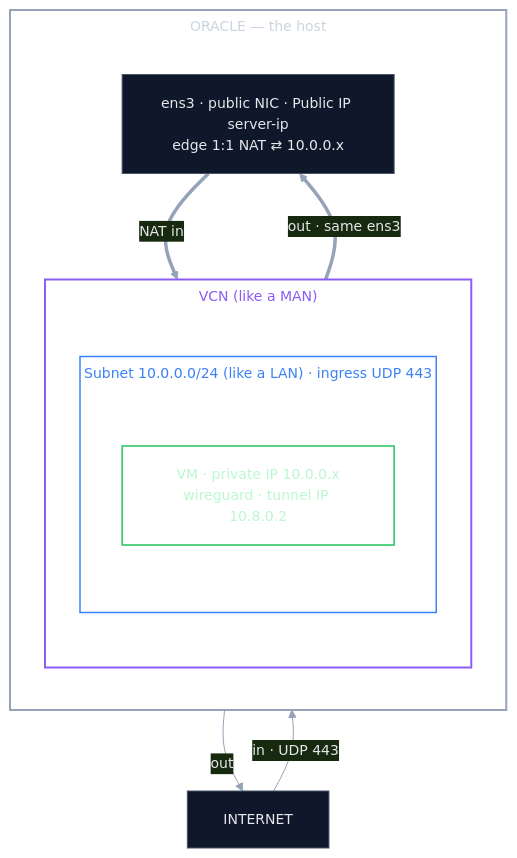
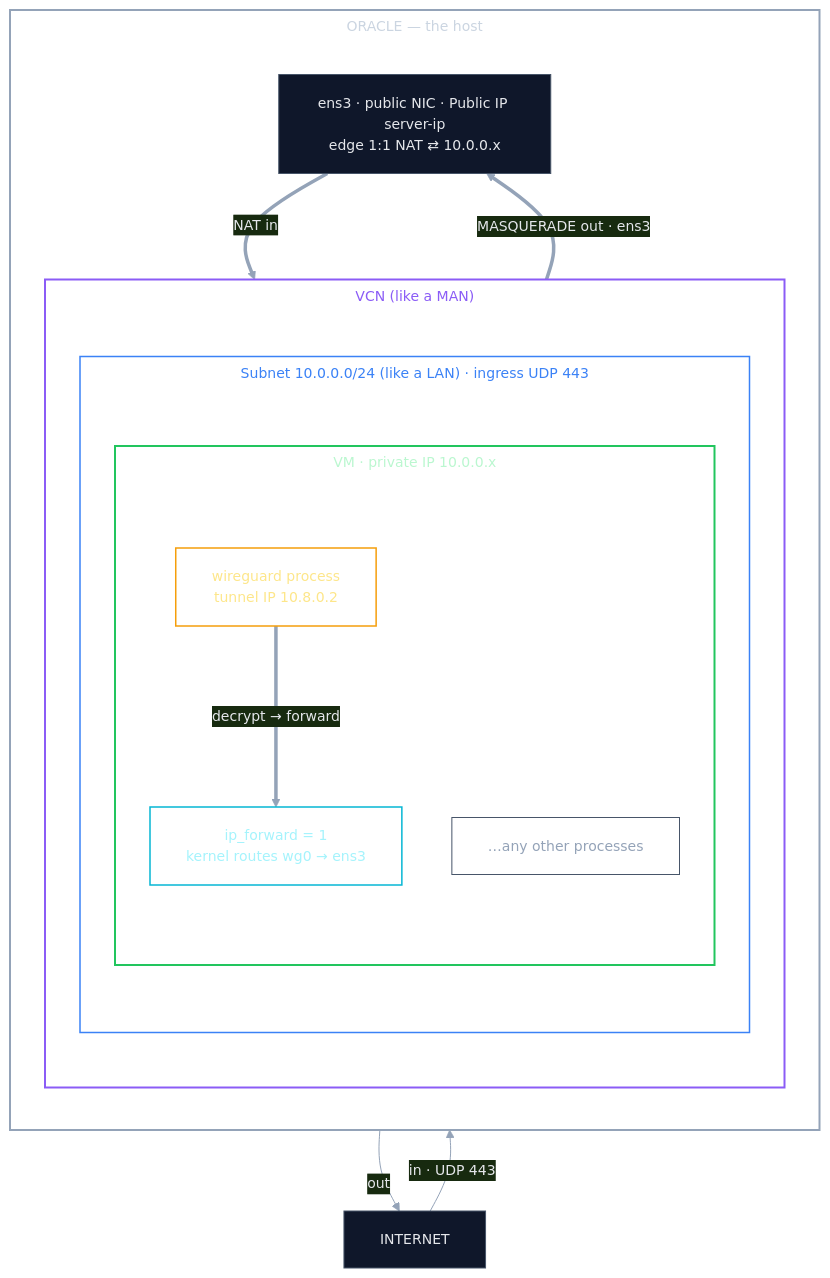
One commit to codereyinish/ColdVPN changed the diagram in server/CREATE-VM.md. Above: the diagram before and after it, drawn with Mermaid.

Commit message:
CREATE-VM diagram: VM as a container (wireguard + ip_forward=1 + other processes); flow via forward step

````diff
--- a/server/CREATE-VM.md
+++ b/server/CREATE-VM.md
@@ -17,28 +17,37 @@
 ```mermaid
 %%{init: {'theme':'base','themeVariables':{'primaryColor':'#0f172a','primaryTextColor':'#e5e7eb','primaryBorderColor':'#475569','lineColor':'#94a3b8','fontSize':'14px'},'flowchart':{'padding':18,'nodeSpacing':50,'rankSpacing':60,'subGraphTitleMargin':{'top':6,'bottom':16}}}}%%
 flowchart TB
     NET["INTERNET"]
 
     subgraph ORACLE["ORACLE — the host"]
         direction TB
         EDGE["ens3 · public NIC · Public IP server-ip<br/>edge 1:1 NAT ⇄ 10.0.0.x"]
 
         subgraph VCN["VCN (like a MAN)"]
             direction TB
             subgraph SUB["Subnet 10.0.0.0/24 (like a LAN) · ingress UDP 443"]
                 direction TB
-                VM["VM · private IP 10.0.0.x<br/>wireguard · tunnel IP 10.8.0.2"]
+                subgraph VM["VM · private IP 10.0.0.x"]
+                    direction TB
+                    WG["wireguard process<br/>tunnel IP 10.8.0.2"]
+                    IPF["ip_forward = 1<br/>kernel routes wg0 → ens3"]
+                    OTH["…any other processes"]
+                end
             end
         end
     end
 
     NET -->|"in · UDP 443"| EDGE
-    EDGE ==>|"NAT in"| VM
-    VM ==>|"out · same ens3"| EDGE
+    EDGE ==>|"NAT in"| WG
+    WG ==>|"decrypt → forward"| IPF
+    IPF ==>|"MASQUERADE out · ens3"| EDGE
     EDGE -->|"out"| NET
 
     style ORACLE fill:none,stroke:#94a3b8,stroke-width:2px,color:#cbd5e1
     style VCN fill:none,stroke:#8b5cf6,stroke-width:2px,color:#8b5cf6
     style SUB fill:none,stroke:#3b82f6,stroke-width:1.5px,color:#3b82f6
-    style VM fill:none,stroke:#22c55e,stroke-width:1.5px,color:#bbf7d0
+    style VM fill:none,stroke:#22c55e,stroke-width:2px,color:#bbf7d0
+    style WG fill:none,stroke:#f59e0b,stroke-width:1.5px,color:#fde68a
+    style IPF fill:none,stroke:#06b6d4,stroke-width:1.5px,color:#a5f3fc
+    style OTH fill:none,stroke:#475569,stroke-width:1px,color:#94a3b8
 ```
````
